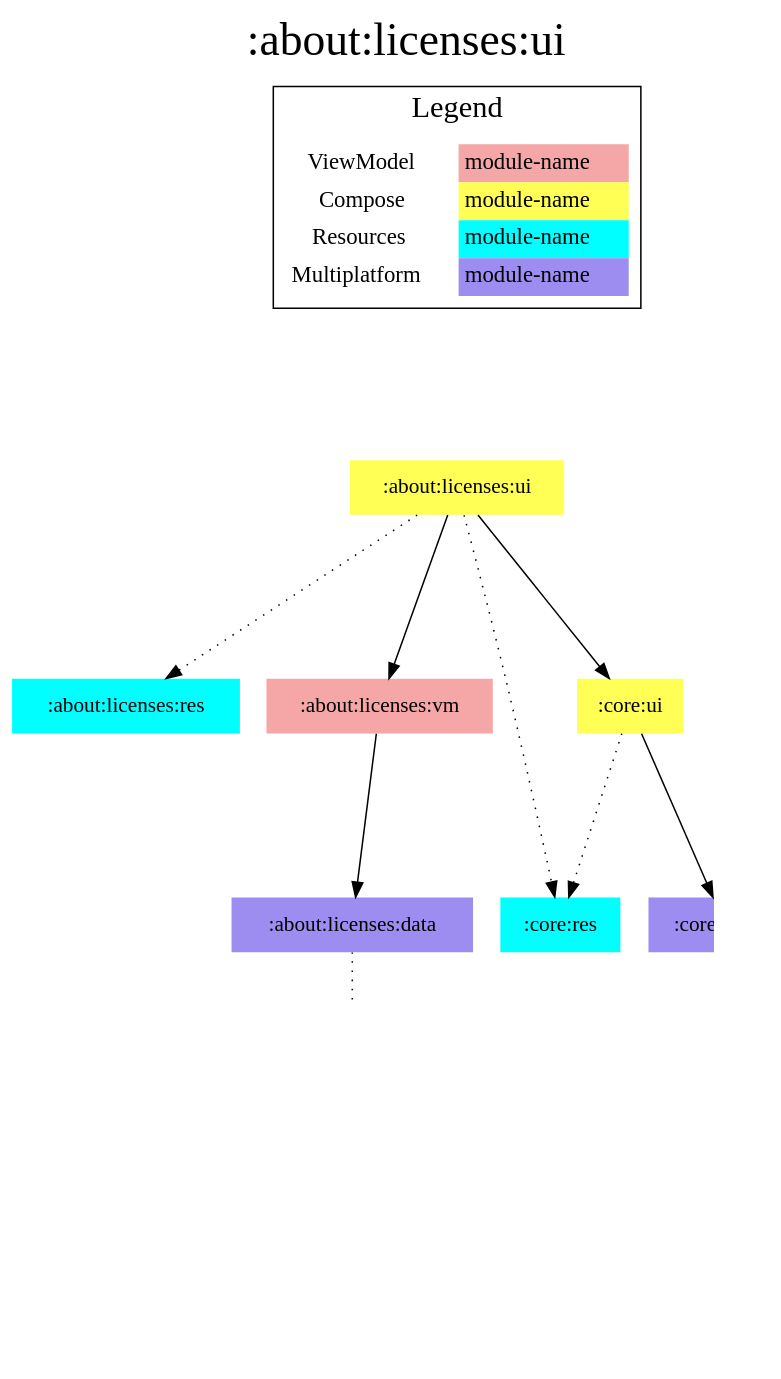
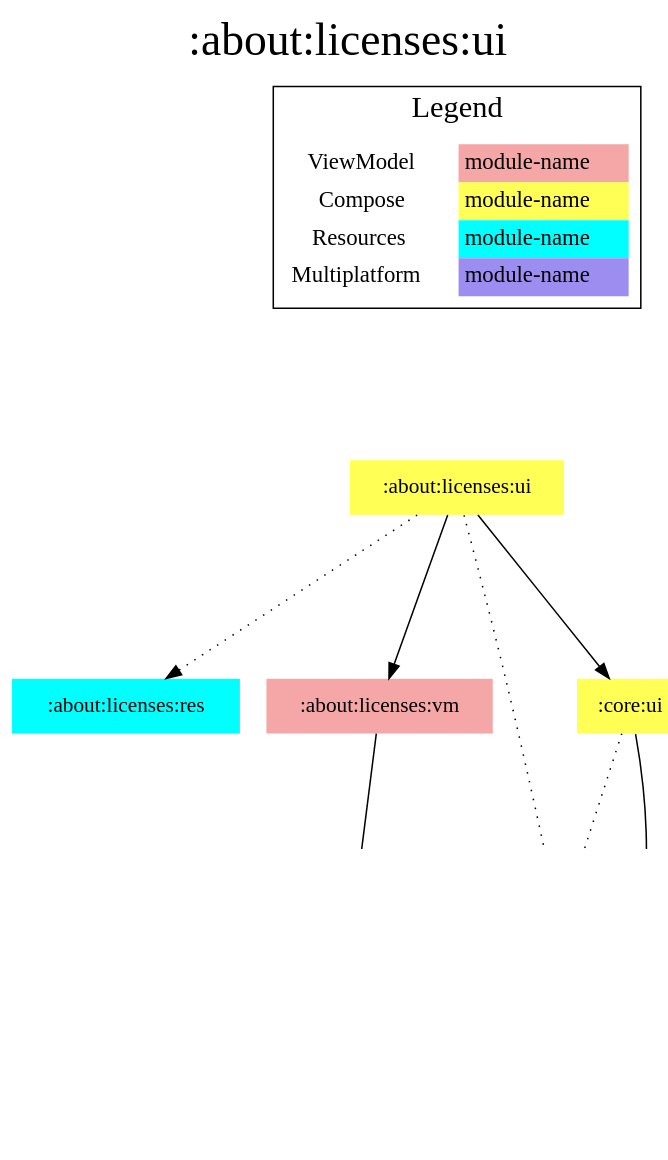
The diagram in modules/about/licenses/ui/modules.dot (jonapoul/aktual), drawn with Graphviz before and after one commit. The commit also changed 51 other files, not shown here.

```diff
--- a/modules/about/licenses/ui/modules.dot
+++ b/modules/about/licenses/ui/modules.dot
@@ -1,39 +1,36 @@
 digraph {
 edge ["dir"="forward"]
 graph ["dpi"="100","label"=":about:licenses:ui","labelloc"="t","fontsize"="30","ranksep"="1.5","rankdir"="TB"]
 node ["style"="filled"]
 ":about:licenses:data" ["fillcolor"="#9D8DF1","shape"="none"]
 ":about:licenses:res" ["fillcolor"="#00FFFF","shape"="none"]
 ":about:licenses:ui" ["fillcolor"="#FFFF55","shape"="none"]
 ":about:licenses:vm" ["fillcolor"="#F5A6A6","shape"="none"]
-":budget:model" ["fillcolor"="#9D8DF1","shape"="none"]
-":core:files" ["fillcolor"="#9D8DF1","shape"="none"]
 ":core:model" ["fillcolor"="#9D8DF1","shape"="none"]
 ":core:res" ["fillcolor"="#00FFFF","shape"="none"]
 ":core:ui" ["fillcolor"="#FFFF55","shape"="none"]
 {
 edge ["dir"="none"]
 graph ["rank"="same"]
 }
-":about:licenses:data" -> ":core:files" ["style"="dotted"]
+":about:licenses:data" -> ":core:model" ["style"="dotted"]
 ":about:licenses:ui" -> ":about:licenses:res" ["style"="dotted"]
 ":about:licenses:ui" -> ":about:licenses:vm"
 ":about:licenses:ui" -> ":core:res" ["style"="dotted"]
 ":about:licenses:ui" -> ":core:ui"
 ":about:licenses:vm" -> ":about:licenses:data"
-":core:files" -> ":budget:model"
 ":core:ui" -> ":core:model"
 ":core:ui" -> ":core:res" ["style"="dotted"]
 subgraph "cluster_legend" {
 edge ["dir"="none"]
 graph ["label"="Legend","fontsize"="20"]
 "Legend" ["style"="filled","fillcolor"="#FFFFFF","shape"="none","margin"="0","fontsize"="15","label"=<
 <TABLE BORDER="0" CELLBORDER="0" CELLSPACING="0" CELLPADDING="4">
 <TR><TD>ViewModel</TD><TD BGCOLOR="#F5A6A6">module-name</TD></TR>
 <TR><TD>Compose</TD><TD BGCOLOR="#FFFF55">module-name</TD></TR>
 <TR><TD>Resources</TD><TD BGCOLOR="#00FFFF">module-name</TD></TR>
 <TR><TD>Multiplatform</TD><TD BGCOLOR="#9D8DF1">module-name</TD></TR>
 </TABLE>
 >]
 } -> ":about:licenses:ui" ["style"="invis"]
 }
```
